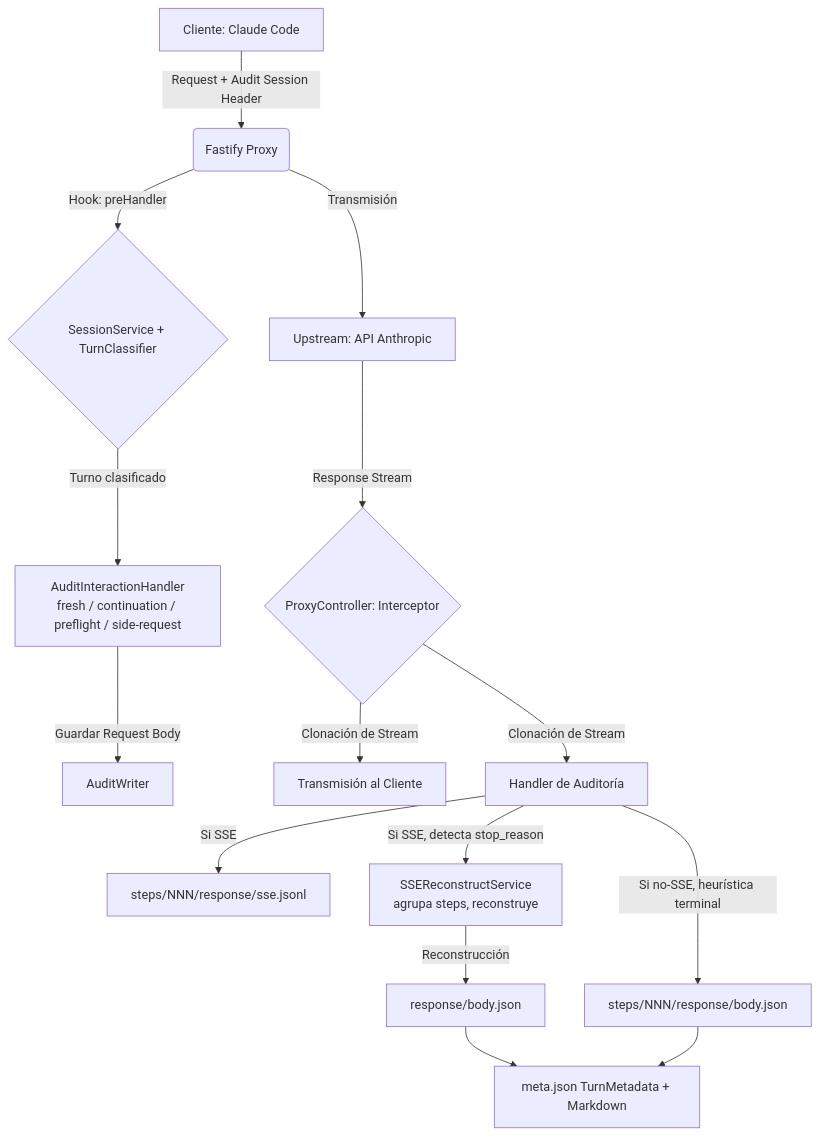
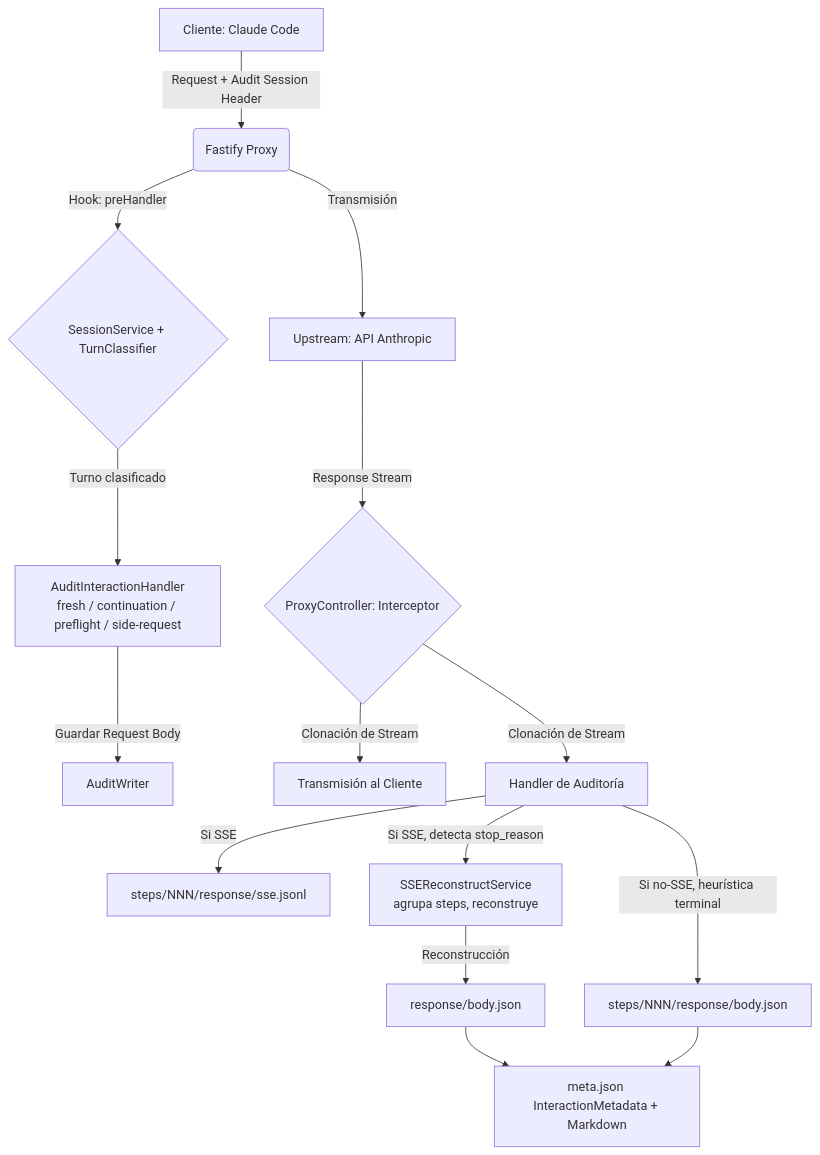
One commit to CristianRojas-SoftwareEngineer/EvolutiveX-Agent-Orchestrator changed the diagram in README.md. Above: the diagram before and after it, drawn with Mermaid. The commit also changed other lines of this file and 26 other files, not shown here.

````diff
--- a/README.md
+++ b/README.md
@@ -44,17 +44,17 @@
 ```mermaid
 graph TD
     A[Cliente: Claude Code] -->|Request + Audit Session Header| B(Fastify Proxy)
     B -->|Hook: preHandler| C{SessionService + TurnClassifier}
     C -->|Turno clasificado| D[AuditInteractionHandler\nfresh / continuation / preflight / side-request]
     D -->|Guardar Request Body| E[AuditWriter]
     B -->|Transmisión| F[Upstream: API Anthropic]
     F -->|Response Stream| G{ProxyController: Interceptor}
     G -->|Clonación de Stream| H[Transmisión al Cliente]
     G -->|Clonación de Stream| I[Handler de Auditoría]
     I -->|Si SSE| J[steps/NNN/response/sse.jsonl]
     I -->|Si SSE, detecta stop_reason| K[SSEReconstructService\nagrupa steps, reconstruye]
     K -->|Reconstrucción| L[response/body.json]
     I -->|Si no-SSE, heurística terminal| M[steps/NNN/response/body.json]
-    L --> N[meta.json TurnMetadata + Markdown]
+    L --> N[meta.json InteractionMetadata + Markdown]
     M --> N
 ```
````
